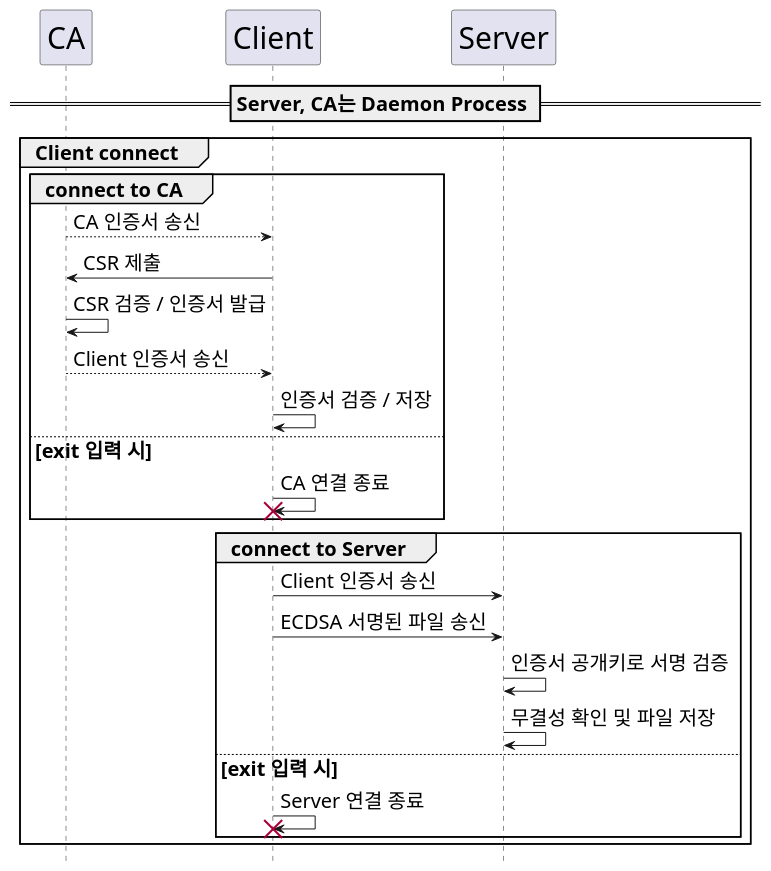
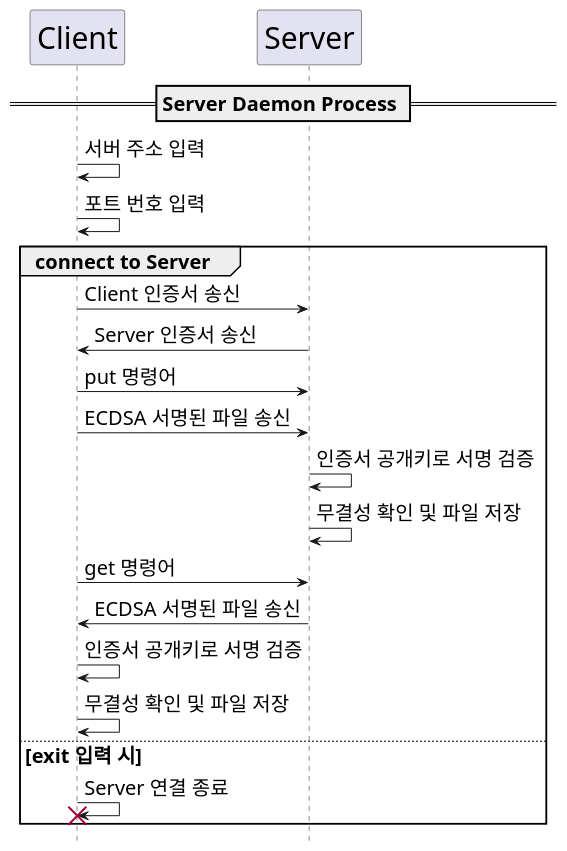
One commit to choi0930/2025-capstone-digital-signature changed the diagram in diagram.puml. Above: the diagram before and after it, drawn with PlantUML. The commit also changed 2 other files, not shown here.

Commit message:
put 동작 오류발생시  코드 수정

```diff
--- a/diagram.puml
+++ b/diagram.puml
@@ -1,35 +1,33 @@
-@startuml
+@startuml name
 
 skinparam defaultFontSize 20
 skinparam participantFontSize 30
 
-participant CA
 participant Client
 participant Server
 hide footbox
 
-== Server, CA는 Daemon Process ==
+== Server Daemon Process ==
 
-group Client connect
-    group connect to CA
-        CA --> Client: CA 인증서 송신
-        Client -> CA: CSR 제출
-        CA -> CA: CSR 검증 / 인증서 발급
-        CA --> Client: Client 인증서 송신
-        Client -> Client: 인증서 검증 / 저장
-    else exit 입력 시
-        Client -> Client: CA 연결 종료
-        destroy Client
-    end
+    Client -> Client: 서버 주소 입력
+    Client -> Client: 포트 번호 입력
     group connect to Server
         Client -> Server: Client 인증서 송신
+        Server -> Client: Server 인증서 송신
+
+        Client -> Server: put 명령어
         Client -> Server: ECDSA 서명된 파일 송신
         Server -> Server: 인증서 공개키로 서명 검증
         Server -> Server: 무결성 확인 및 파일 저장
+
+        Client -> Server: get 명령어
+        Server -> Client: ECDSA 서명된 파일 송신
+        Client -> Client: 인증서 공개키로 서명 검증
+        Client -> Client: 무결성 확인 및 파일 저장
     else exit 입력 시
         Client -> Client: Server 연결 종료
         destroy Client
     end
-end
+
 
 @enduml
```
